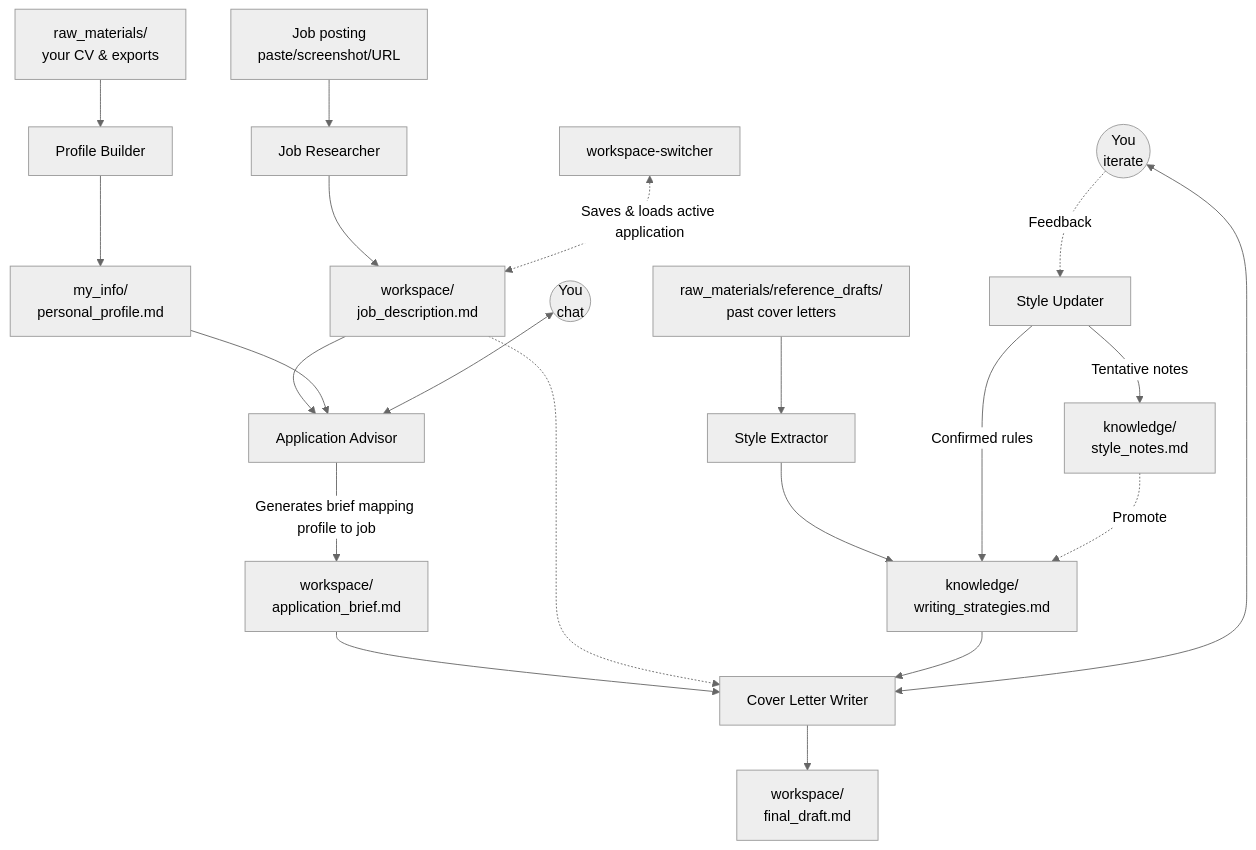
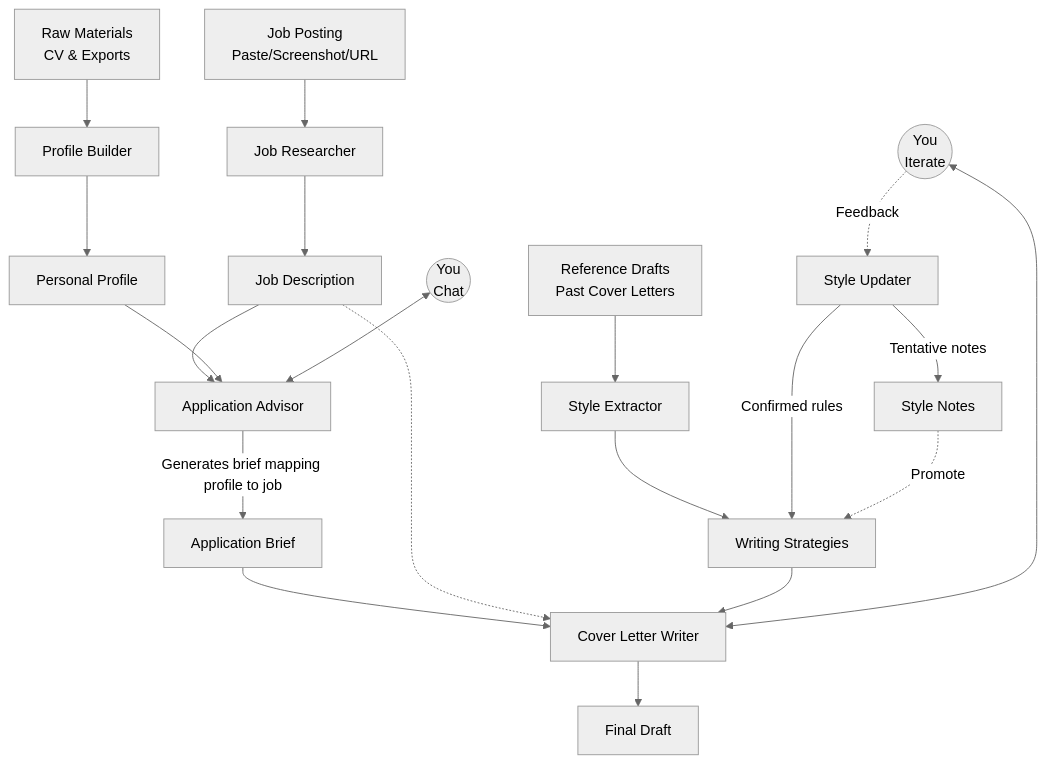
One commit to Fandy-ust/cover-letter-assistant changed the first of 2 diagrams in README.md. Above: the diagram before and after it, drawn with Mermaid (neutral theme). The commit also changed other lines of this file, not shown here.

Commit message:
Update architecture diagrams in README
Made-with: Cursor

````diff
--- a/README.md
+++ b/README.md
@@ -11,35 +13,32 @@
 ```mermaid
 flowchart TD
     %% One-time setup
-    Raw[raw_materials/\nyour CV & exports] --> PB[Profile Builder]
-    PB --> Profile[my_info/\npersonal_profile.md]
+    Raw["Raw Materials<br>CV & Exports"] --> PB[Profile Builder]
+    PB --> Profile[Personal Profile]
 
-    Refs[raw_materials/reference_drafts/\npast cover letters] --> Extractor[Style Extractor]
-    Extractor --> StyleHard[knowledge/\nwriting_strategies.md]
+    Refs["Reference Drafts<br>Past Cover Letters"] --> Extractor[Style Extractor]
+    Extractor --> StyleHard[Writing Strategies]
     
     %% Job input & research
-    JobInput[Job posting\npaste/screenshot/URL] --> JR[Job Researcher]
-    JR --> JD[workspace/\njob_description.md]
+    JobInput["Job Posting<br>Paste/Screenshot/URL"] --> JR[Job Researcher]
+    JR --> JD[Job Description]
 
     %% Advisor Phase
     JD --> AA[Application Advisor]
     Profile --> AA
-    UserAdvisor((You\nchat)) <--> AA
-    AA -->|"Generates brief mapping profile to job"| Brief[workspace/\napplication_brief.md]
+    UserAdvisor(("You<br>Chat")) <--> AA
+    AA -->|"Generates brief mapping profile to job"| Brief[Application Brief]
     
     %% Writer Phase
     Brief --> CW[Cover Letter Writer]
     JD -.-> CW
     StyleHard --> CW
-    UserWriter((You\niterate)) <--> CW
-    CW --> Draft[workspace/\nfinal_draft.md]
+    UserWriter(("You<br>Iterate")) <--> CW
+    CW --> Draft[Final Draft]
 
     %% Style Feedback Loop
     UserWriter -.->|"Feedback"| SU[Style Updater]
     SU -->|"Confirmed rules"| StyleHard
-    SU -->|"Tentative notes"| StyleSoft[knowledge/\nstyle_notes.md]
+    SU -->|"Tentative notes"| StyleSoft[Style Notes]
     StyleSoft -.->|"Promote"| StyleHard
-
-    %% Workspace Manager
-    Switcher[workspace-switcher] <-.->|"Saves & loads active application"| JD
 ```
````
